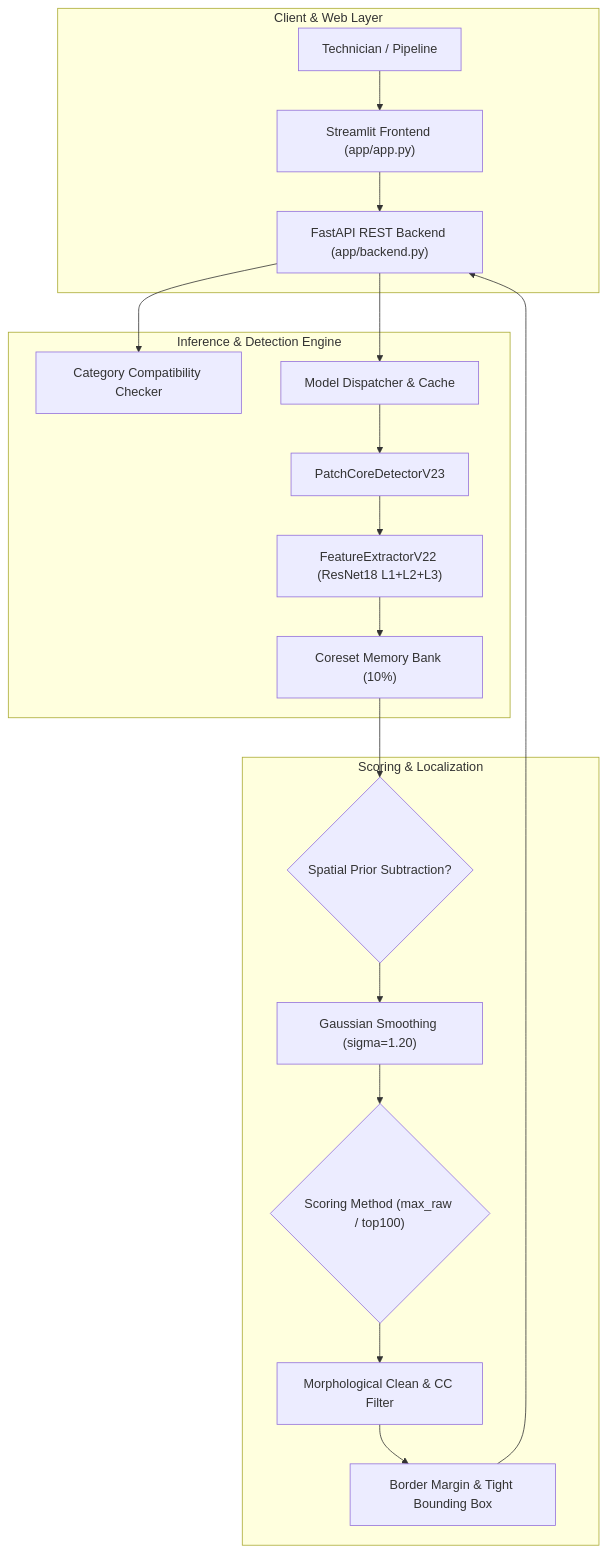
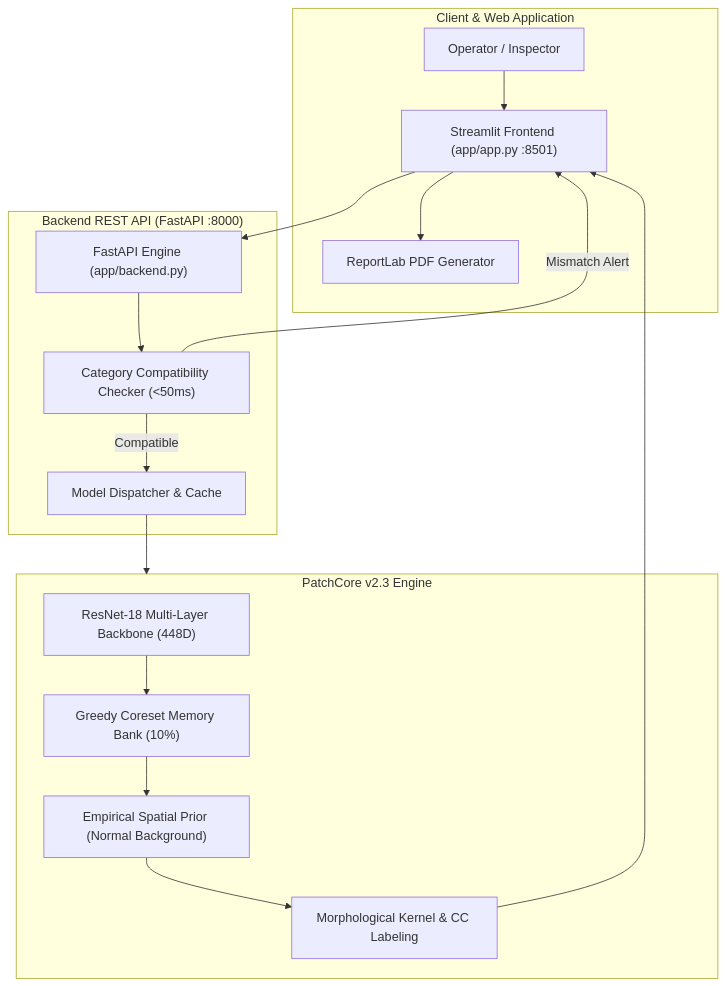
Before and after one commit to RajatBhardwaj2006/VisionInspect-Industrial-Defect-Detection-: the diagram in README.md, drawn with Mermaid. The commit also changed other lines of this file and 56 other files, not shown here.

````diff
--- a/README.md
+++ b/README.md
@@ -49,38 +84,33 @@
 ```mermaid
 flowchart TD
-    subgraph UI ["Client & Web Layer"]
-        User["Technician / Pipeline"]
-        FE["Streamlit Frontend (app/app.py)"]
-        API["FastAPI REST Backend (app/backend.py)"]
+    subgraph Client ["Client & Web Application"]
+        Operator["Operator / Inspector"]
+        UI["Streamlit Frontend (app/app.py :8501)"]
+        PDF["ReportLab PDF Generator"]
     end
 
-    subgraph Pipeline ["Inference & Detection Engine"]
-        Checker["Category Compatibility Checker"]
+    subgraph Service ["Backend REST API (FastAPI :8000)"]
+        API["FastAPI Engine (app/backend.py)"]
+        Checker["Category Compatibility Checker (<50ms)"]
         Router["Model Dispatcher & Cache"]
-        Detector["PatchCoreDetectorV23"]
-        Backbone["FeatureExtractorV22 (ResNet18 L1+L2+L3)"]
-        MemoryBank["Coreset Memory Bank (10%)"]
     end
 
-    subgraph PostProcessing ["Scoring & Localization"]
-        SpatialPrior{"Spatial Prior Subtraction?"}
-        Gaussian["Gaussian Smoothing (sigma=1.20)"]
-        Scorer{"Scoring Method (max_raw / top100)"}
-        Morphology["Morphological Clean & CC Filter"]
-        BBox["Border Margin & Tight Bounding Box"]
+    subgraph Detection ["PatchCore v2.3 Engine"]
+        Extractor["ResNet-18 Multi-Layer Backbone (448D)"]
+        MemoryBank["Greedy Coreset Memory Bank (10%)"]
+        Prior["Empirical Spatial Prior (Normal Background)"]
+        Morphology["Morphological Kernel & CC Labeling"]
     end
 
-    User --> FE
-    FE --> API
+    Operator --> UI
+    UI --> API
     API --> Checker
-    API --> Router
-    Router --> Detector
-    Detector --> Backbone
-    Backbone --> MemoryBank
-    MemoryBank --> SpatialPrior
-    SpatialPrior --> Gaussian
-    Gaussian --> Scorer
-    Scorer --> Morphology
-    Morphology --> BBox
-    BBox --> API
+    Checker -->|Mismatch Alert| UI
+    Checker -->|Compatible| Router
+    Router --> Detection
+    Extractor --> MemoryBank
+    MemoryBank --> Prior
+    Prior --> Morphology
+    Morphology --> UI
+    UI --> PDF
 ```
````
